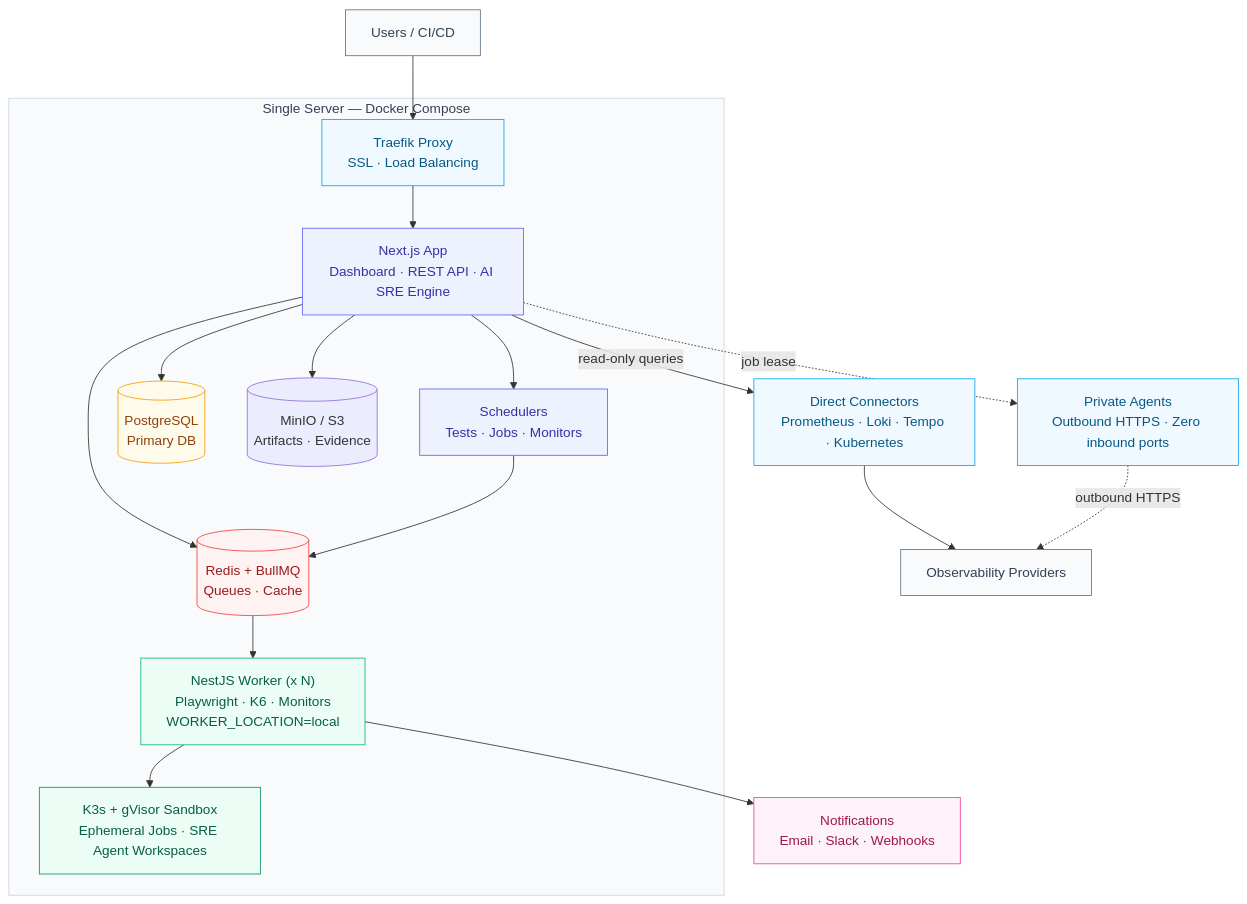
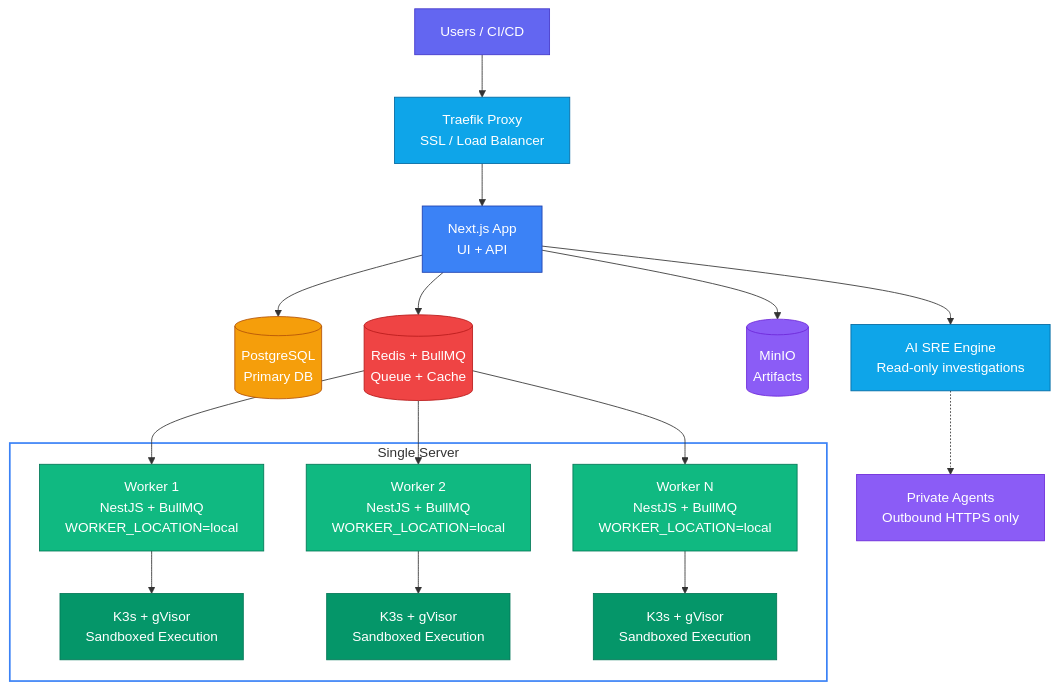
The diagram in docs/content/docs/app/deployment/self-hosted.mdx (supercheck-io/supercheck), drawn with Mermaid before and after one commit. The commit also changed 17 other files, not shown here.

First line of the commit message:
docs: restore original colors, add AI SRE to architecture, reorganize + multi-color diagrams (#310)

````diff
--- a/docs/content/docs/app/deployment/self-hosted.mdx
+++ b/docs/content/docs/app/deployment/self-hosted.mdx
@@ -11,52 +11,34 @@
 ```mermaid
 flowchart TB
-    Users["Users / CI/CD"]
+    Users[Users / CI/CD] --> T[Traefik Proxy<br/>SSL / Load Balancer]
+    T --> App[Next.js App<br/>UI + API]
+    App --> DB[(PostgreSQL<br/>Primary DB)] & Redis[(Redis + BullMQ<br/>Queue + Cache)] & S3[(MinIO<br/>Artifacts)]
+    App --> SRE[AI SRE Engine<br/>Read-only investigations]
+    SRE -.-> Private[Private Agents<br/>Outbound HTTPS only]
 
-    subgraph SERVER["Single Server — Docker Compose"]
-        T["Traefik Proxy<br/>SSL · Load Balancing"]
-        App["Next.js App<br/>Dashboard · REST API · AI SRE Engine"]
-        Scheduler["Schedulers<br/>Tests · Jobs · Monitors"]
-        DB[("PostgreSQL<br/>Primary DB")]
-        Redis[("Redis + BullMQ<br/>Queues · Cache")]
-        S3[("MinIO / S3<br/>Artifacts · Evidence")]
-        Worker["NestJS Worker (x N)<br/>Playwright · K6 · Monitors<br/>WORKER_LOCATION=local"]
-        K3S["K3s + gVisor Sandbox<br/>Ephemeral Jobs · SRE Agent Workspaces"]
+    Redis --> W1
+    Redis --> W2
+    Redis --> WN
 
-        T --> App
-        App --> Scheduler
-        App --> DB
-        App --> Redis
-        App --> S3
-        Scheduler --> Redis
-        Redis --> Worker
-        Worker --> K3S
+    subgraph SERVER["Single Server"]
+        W1[Worker 1<br/>NestJS + BullMQ<br/>WORKER_LOCATION=local] --> K3S_1[K3s + gVisor<br/>Sandboxed Execution]
+        W2[Worker 2<br/>NestJS + BullMQ<br/>WORKER_LOCATION=local] --> K3S_2[K3s + gVisor<br/>Sandboxed Execution]
+        WN[Worker N<br/>NestJS + BullMQ<br/>WORKER_LOCATION=local] --> K3S_N[K3s + gVisor<br/>Sandboxed Execution]
     end
 
-    Users --> T
-    App -->|"read-only queries"| Direct["Direct Connectors<br/>Prometheus · Loki · Tempo · Kubernetes"]
-    App -.->|"job lease"| Private["Private Agents<br/>Outbound HTTPS · Zero inbound ports"]
-    Direct --> Providers["Observability Providers"]
-    Private -.->|"outbound HTTPS"| Providers
-    Worker --> Notify["Notifications<br/>Email · Slack · Webhooks"]
-
-    classDef proxy fill:#f0f9ff,stroke:#0ea5e9,color:#075985
-    classDef app fill:#eef2ff,stroke:#6366f1,color:#3730a3
-    classDef data fill:#fffbeb,stroke:#f59e0b,color:#92400e
-    classDef queue fill:#fef2f2,stroke:#ef4444,color:#991b1b
-    classDef worker fill:#ecfdf5,stroke:#10b981,color:#065f46
-    classDef sandbox fill:#ecfdf5,stroke:#059669,color:#065f46
-    classDef connector fill:#f0f9ff,stroke:#0ea5e9,color:#075985
-    classDef external fill:#f8fafc,stroke:#64748b,color:#334155
-    classDef notify fill:#fdf2f8,stroke:#ec4899,color:#9d174d
-
-    class Users,Providers external
-    class T proxy
-    class App,Scheduler app
-    class DB data
-    class Redis queue
-    class Worker worker
-    class K3S sandbox
-    class Direct,Private connector
-    class Notify notify
-    style SERVER fill:#f8fafc,stroke:#cbd5e1,color:#334155
+    style Users fill:#6366f1,stroke:#4338ca,color:#fff
+    style T fill:#0ea5e9,stroke:#0369a1,color:#fff
+    style App fill:#3b82f6,stroke:#1e40af,color:#fff
+    style DB fill:#f59e0b,stroke:#b45309,color:#fff
+    style Redis fill:#ef4444,stroke:#b91c1c,color:#fff
+    style S3 fill:#8b5cf6,stroke:#6d28d9,color:#fff
+    style SRE fill:#0ea5e9,stroke:#0369a1,color:#fff
+    style Private fill:#8b5cf6,stroke:#6d28d9,color:#fff
+    style W1 fill:#10b981,stroke:#047857,color:#fff
+    style W2 fill:#10b981,stroke:#047857,color:#fff
+    style WN fill:#10b981,stroke:#047857,color:#fff
+    style K3S_1 fill:#059669,stroke:#047857,color:#fff
+    style K3S_2 fill:#059669,stroke:#047857,color:#fff
+    style K3S_N fill:#059669,stroke:#047857,color:#fff
+    style SERVER fill:none,stroke:#3b82f6,stroke-width:2px
 ```
````
